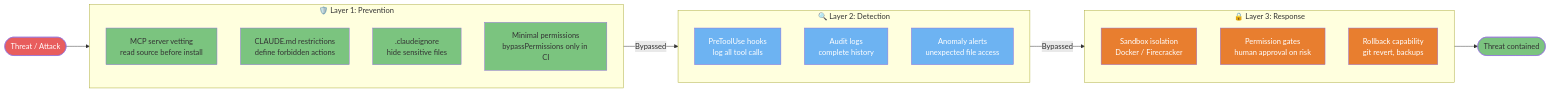
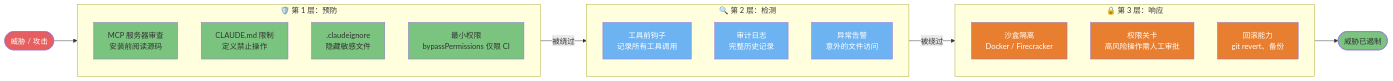
The first of 4 diagrams in claude-code/diagrams/08-security-and-production.md (lawrencewzen/aispark-wiki), drawn with Mermaid before and after one commit. The commit also changed other lines of this file and 82 other files, not shown here.

First line of the commit message:
feat: 完成 claude-code/ 目录全量中文翻译

````diff
--- a/claude-code/diagrams/08-security-and-production.md
+++ b/claude-code/diagrams/08-security-and-production.md
@@ -19,53 +19,53 @@
 ```mermaid
 flowchart LR
-    THREAT([Threat / Attack]) --> L1
+    THREAT([威胁 / 攻击]) --> L1
 
-    subgraph L1["🛡️ Layer 1: Prevention"]
-        P1[MCP server vetting<br/>read source before install]
-        P2[CLAUDE.md restrictions<br/>define forbidden actions]
-        P3[.claudeignore<br/>hide sensitive files]
-        P4[Minimal permissions<br/>bypassPermissions only in CI]
+    subgraph L1["🛡️ 第 1 层：预防"]
+        P1[MCP 服务器审查<br/>安装前阅读源码]
+        P2[CLAUDE.md 限制<br/>定义禁止操作]
+        P3[.claudeignore<br/>隐藏敏感文件]
+        P4[最小权限<br/>bypassPermissions 仅限 CI]
     end
 
-    subgraph L2["🔍 Layer 2: Detection"]
-        D1[PreToolUse hooks<br/>log all tool calls]
-        D2[Audit logs<br/>complete history]
-        D3[Anomaly alerts<br/>unexpected file access]
+    subgraph L2["🔍 第 2 层：检测"]
+        D1[工具前钩子<br/>记录所有工具调用]
+        D2[审计日志<br/>完整历史记录]
+        D3[异常告警<br/>意外的文件访问]
     end
 
-    subgraph L3["🔒 Layer 3: Response"]
-        R1[Sandbox isolation<br/>Docker / Firecracker]
-        R2[Permission gates<br/>human approval on risk]
-        R3[Rollback capability<br/>git revert, backups]
+    subgraph L3["🔒 第 3 层：响应"]
+        R1[沙盒隔离<br/>Docker / Firecracker]
+        R2[权限关卡<br/>高风险操作需人工审批]
+        R3[回滚能力<br/>git revert、备份]
     end
 
-    L1 -->|Bypassed| L2
-    L2 -->|Bypassed| L3
-    L3 --> BLOCKED([Threat contained])
+    L1 -->|被绕过| L2
+    L2 -->|被绕过| L3
+    L3 --> BLOCKED([威胁已遏制])
 
     style THREAT fill:#E85D5D,color:#fff
     style P1 fill:#7BC47F,color:#333
     style P2 fill:#7BC47F,color:#333
     style P3 fill:#7BC47F,color:#333
     style P4 fill:#7BC47F,color:#333
     style D1 fill:#6DB3F2,color:#fff
     style D2 fill:#6DB3F2,color:#fff
     style D3 fill:#6DB3F2,color:#fff
     style R1 fill:#E87E2F,color:#fff
     style R2 fill:#E87E2F,color:#fff
     style R3 fill:#E87E2F,color:#fff
     style BLOCKED fill:#7BC47F,color:#333
 
-    click THREAT href "https://github.com/claude-code-ultimate-guide/claude-code-ultimate-guide/blob/main/guide/security/security-hardening.md" "Threat / Attack"
-    click P1 href "https://github.com/claude-code-ultimate-guide/claude-code-ultimate-guide/blob/main/guide/security/security-hardening.md#part-1-prevention-before-you-start" "MCP server vetting"
-    click P2 href "https://github.com/claude-code-ultimate-guide/claude-code-ultimate-guide/blob/main/guide/security/security-hardening.md#part-1-prevention-before-you-start" "CLAUDE.md restrictions"
+    click THREAT href "https://github.com/claude-code-ultimate-guide/claude-code-ultimate-guide/blob/main/guide/security/security-hardening.md" "威胁 / 攻击"
+    click P1 href "https://github.com/claude-code-ultimate-guide/claude-code-ultimate-guide/blob/main/guide/security/security-hardening.md#part-1-prevention-before-you-start" "MCP 服务器审查"
+    click P2 href "https://github.com/claude-code-ultimate-guide/claude-code-ultimate-guide/blob/main/guide/security/security-hardening.md#part-1-prevention-before-you-start" "CLAUDE.md 限制"
     click P3 href "https://github.com/claude-code-ultimate-guide/claude-code-ultimate-guide/blob/main/guide/security/security-hardening.md#part-1-prevention-before-you-start" ".claudeignore"
-    click P4 href "https://github.com/claude-code-ultimate-guide/claude-code-ultimate-guide/blob/main/guide/security/security-hardening.md#part-1-prevention-before-you-start" "Minimal permissions"
-    click D1 href "https://github.com/claude-code-ultimate-guide/claude-code-ultimate-guide/blob/main/guide/security/security-hardening.md#part-2-detection-while-you-work" "PreToolUse hooks"
-    click D2 href "https://github.com/claude-code-ultimate-guide/claude-code-ultimate-guide/blob/main/guide/security/security-hardening.md#part-2-detection-while-you-work" "Audit logs"
-    click D3 href "https://github.com/claude-code-ultimate-guide/claude-code-ultimate-guide/blob/main/guide/security/security-hardening.md#part-2-detection-while-you-work" "Anomaly alerts"
-    click R1 href "https://github.com/claude-code-ultimate-guide/claude-code-ultimate-guide/blob/main/guide/security/security-hardening.md#part-3-response-when-things-go-wrong" "Sandbox isolation"
-    click R2 href "https://github.com/claude-code-ultimate-guide/claude-code-ultimate-guide/blob/main/guide/security/security-hardening.md#part-3-response-when-things-go-wrong" "Permission gates"
-    click R3 href "https://github.com/claude-code-ultimate-guide/claude-code-ultimate-guide/blob/main/guide/security/security-hardening.md#part-3-response-when-things-go-wrong" "Rollback capability"
-    click BLOCKED href "https://github.com/claude-code-ultimate-guide/claude-code-ultimate-guide/blob/main/guide/security/security-hardening.md" "Threat contained"
+    click P4 href "https://github.com/claude-code-ultimate-guide/claude-code-ultimate-guide/blob/main/guide/security/security-hardening.md#part-1-prevention-before-you-start" "最小权限"
+    click D1 href "https://github.com/claude-code-ultimate-guide/claude-code-ultimate-guide/blob/main/guide/security/security-hardening.md#part-2-detection-while-you-work" "工具前钩子"
+    click D2 href "https://github.com/claude-code-ultimate-guide/claude-code-ultimate-guide/blob/main/guide/security/security-hardening.md#part-2-detection-while-you-work" "审计日志"
+    click D3 href "https://github.com/claude-code-ultimate-guide/claude-code-ultimate-guide/blob/main/guide/security/security-hardening.md#part-2-detection-while-you-work" "异常告警"
+    click R1 href "https://github.com/claude-code-ultimate-guide/claude-code-ultimate-guide/blob/main/guide/security/security-hardening.md#part-3-response-when-things-go-wrong" "沙盒隔离"
+    click R2 href "https://github.com/claude-code-ultimate-guide/claude-code-ultimate-guide/blob/main/guide/security/security-hardening.md#part-3-response-when-things-go-wrong" "权限关卡"
+    click R3 href "https://github.com/claude-code-ultimate-guide/claude-code-ultimate-guide/blob/main/guide/security/security-hardening.md#part-3-response-when-things-go-wrong" "回滚能力"
+    click BLOCKED href "https://github.com/claude-code-ultimate-guide/claude-code-ultimate-guide/blob/main/guide/security/security-hardening.md" "威胁已遏制"
 ```
````
